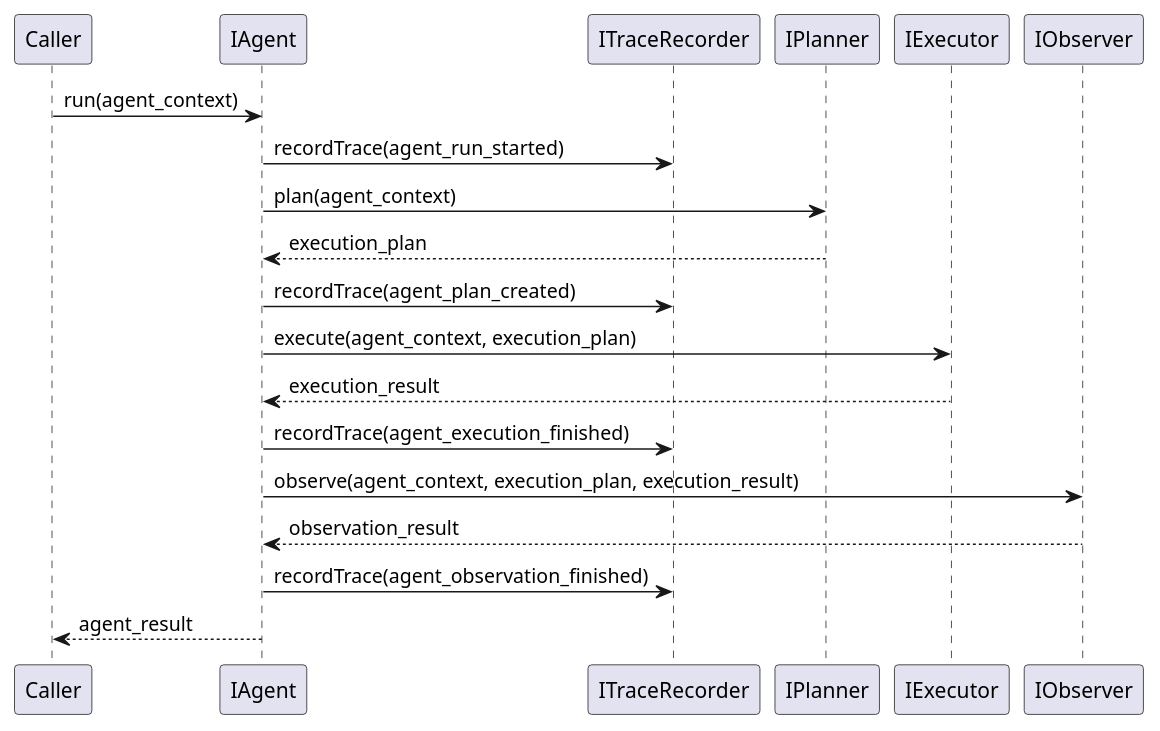
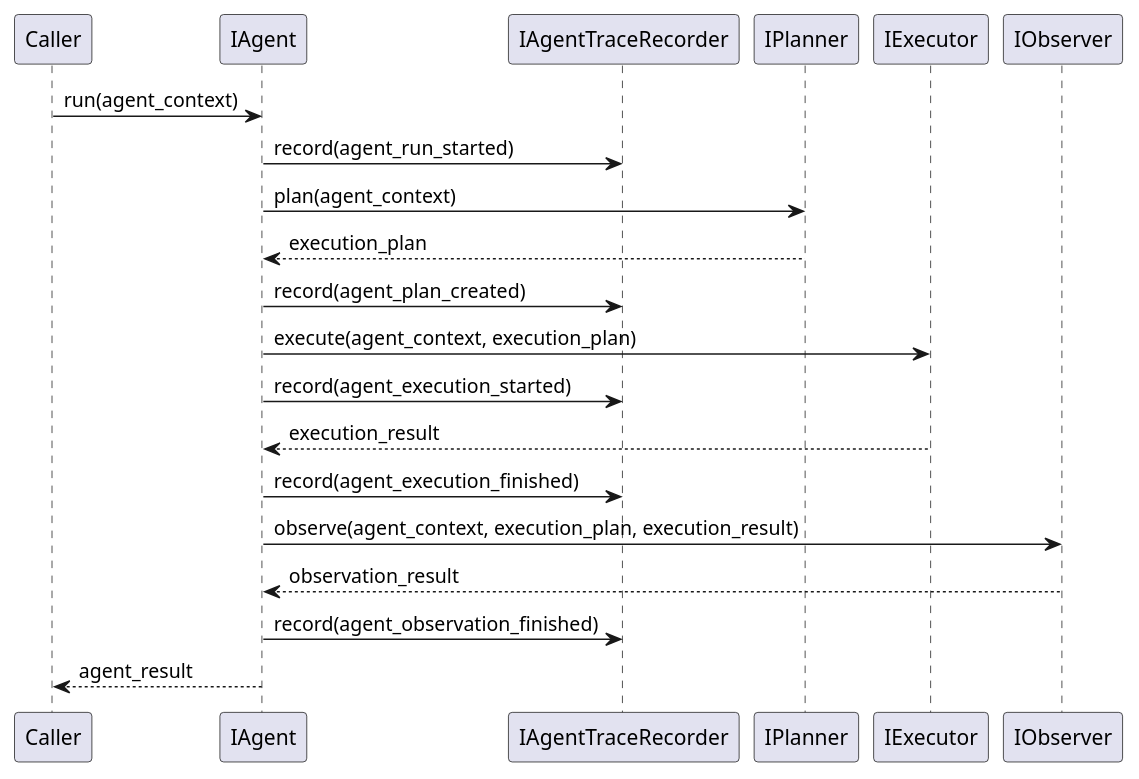
One commit to lucky-chen/ai_workflow_travel changed the second of 2 diagrams in meta_layer/docs/design_docs/SDK/AgentRuntime.md. Above: the diagram before and after it, drawn with PlantUML. The commit also changed other lines of this file and 4 other files, not shown here.

````diff
--- a/meta_layer/docs/design_docs/SDK/AgentRuntime.md
+++ b/meta_layer/docs/design_docs/SDK/AgentRuntime.md
@@ -289,23 +295,24 @@
 ```plantuml
 @startuml
 participant Caller
 participant IAgent
-participant ITraceRecorder
+participant IAgentTraceRecorder
 participant IPlanner
 participant IExecutor
 participant IObserver
 
 Caller -> IAgent: run(agent_context)
-IAgent -> ITraceRecorder: recordTrace(agent_run_started)
+IAgent -> IAgentTraceRecorder: record(agent_run_started)
 IAgent -> IPlanner: plan(agent_context)
 IPlanner --> IAgent: execution_plan
-IAgent -> ITraceRecorder: recordTrace(agent_plan_created)
+IAgent -> IAgentTraceRecorder: record(agent_plan_created)
 IAgent -> IExecutor: execute(agent_context, execution_plan)
+IAgent -> IAgentTraceRecorder: record(agent_execution_started)
 IExecutor --> IAgent: execution_result
-IAgent -> ITraceRecorder: recordTrace(agent_execution_finished)
+IAgent -> IAgentTraceRecorder: record(agent_execution_finished)
 IAgent -> IObserver: observe(agent_context, execution_plan, execution_result)
 IObserver --> IAgent: observation_result
-IAgent -> ITraceRecorder: recordTrace(agent_observation_finished)
+IAgent -> IAgentTraceRecorder: record(agent_observation_finished)
 IAgent --> Caller: agent_result
 @enduml
 ```
````
